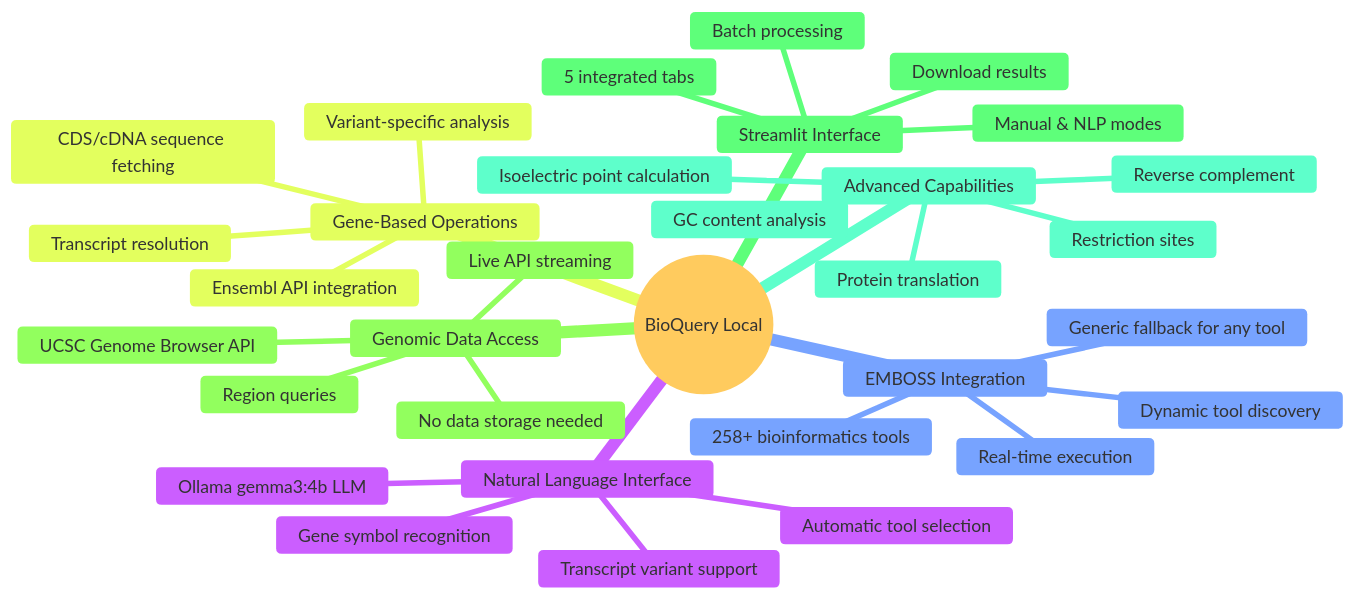
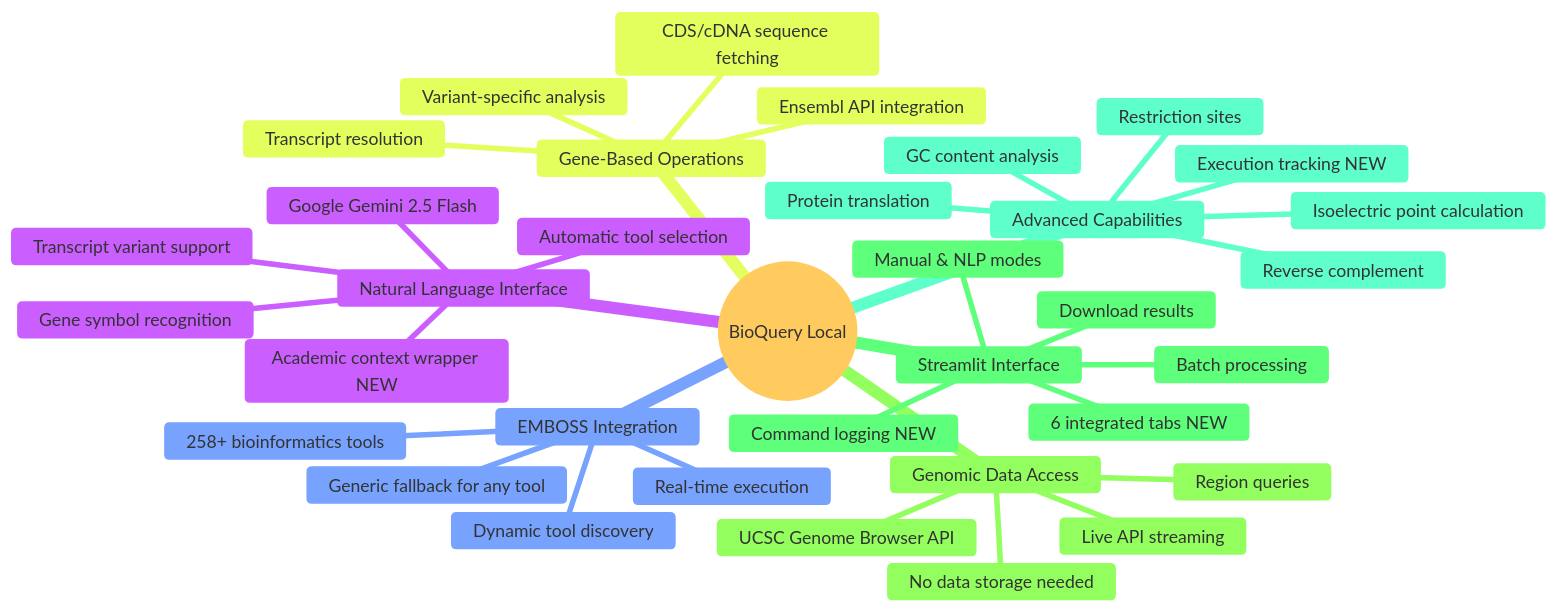
Before and after one commit to caagendaz/BME110-final: the eighth of 11 diagrams in ARCHITECTURE.md, drawn with Mermaid. The commit also changed other lines of this file and 1 other file, not shown here.

````diff
--- a/ARCHITECTURE.md
+++ b/ARCHITECTURE.md
@@ -223,37 +269,40 @@
 ```mermaid
 mindmap
   root((BioQuery Local))
     Natural Language Interface
-      Ollama gemma3:4b LLM
+      Google Gemini 2.5 Flash
       Automatic tool selection
       Gene symbol recognition
       Transcript variant support
+      Academic context wrapper NEW
     EMBOSS Integration
       258+ bioinformatics tools
       Dynamic tool discovery
       Generic fallback for any tool
       Real-time execution
     Gene-Based Operations
       Ensembl API integration
       Transcript resolution
       CDS/cDNA sequence fetching
       Variant-specific analysis
     Genomic Data Access
       UCSC Genome Browser API
       Region queries
       No data storage needed
       Live API streaming
     Streamlit Interface
-      5 integrated tabs
+      6 integrated tabs NEW
       Manual & NLP modes
       Batch processing
       Download results
+      Command logging NEW
     Advanced Capabilities
       Protein translation
       Reverse complement
       Restriction sites
       GC content analysis
       Isoelectric point calculation
+      Execution tracking NEW
   
   %%{init: { 'theme': 'base', 'primaryColor':'#42a5f5', 'primaryTextColor':'#fff', 'primaryBorderColor':'#1e88e5', 'secondBkgColor':'#66bb6a', 'tertiaryColor':'#ef5350', 'tertiaryTextColor':'#fff', 'textPlacement': 'center', 'mindmapBkg':'transparent', 'nodeBkg':'transparent'} }%%
 ```
````
